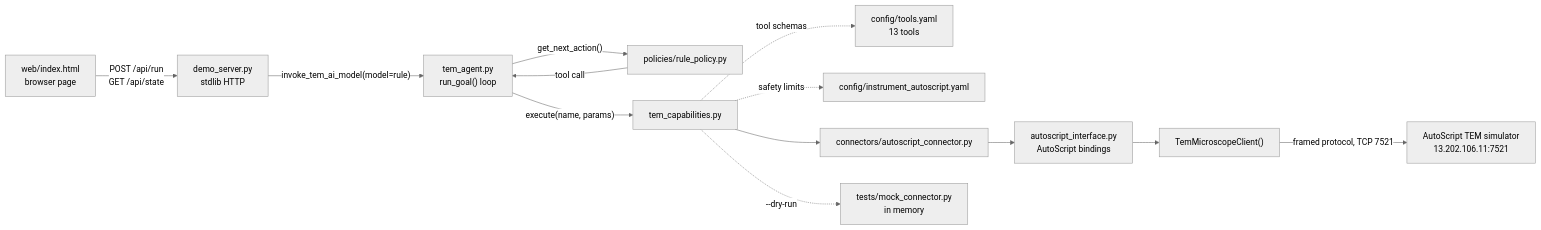
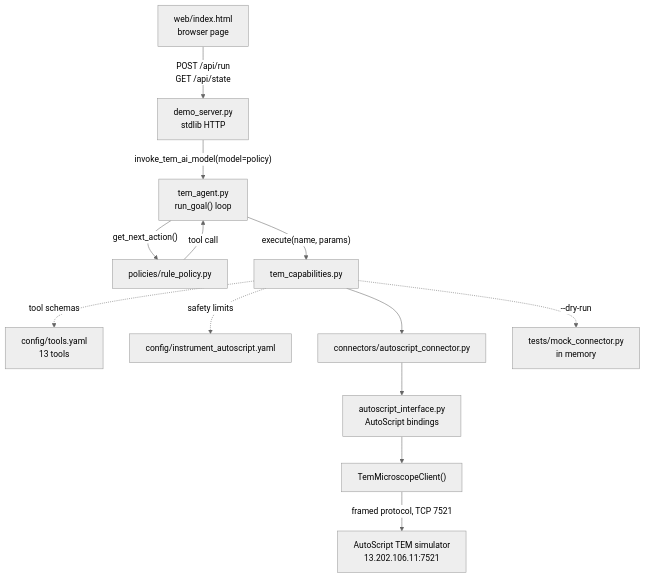
Before and after one commit to opensciencestack/tem-agent: the first of 4 diagrams in DIAGRAMS.md, drawn with Mermaid (neutral theme). The commit also changed other lines of this file and 6 other files, not shown here.

First line of the commit message:
Let the demo page pick the policy and name it in agent output

````diff
--- a/DIAGRAMS.md
+++ b/DIAGRAMS.md
@@ -12,15 +15,15 @@
 ```mermaid
-flowchart LR
+flowchart TD
   UI["web/index.html<br/>browser page"] -->|"POST /api/run<br/>GET /api/state"| SRV["demo_server.py<br/>stdlib HTTP"]
-  SRV -->|"invoke_tem_ai_model(model=rule)"| AG["tem_agent.py<br/>run_goal() loop"]
+  SRV -->|"invoke_tem_ai_model(model=policy)"| AG["tem_agent.py<br/>run_goal() loop"]
   AG -->|"get_next_action()"| POL["policies/rule_policy.py"]
   POL -->|"tool call"| AG
   AG -->|"execute(name, params)"| CAP["tem_capabilities.py"]
   CAP -.->|"tool schemas"| TOOLS["config/tools.yaml<br/>13 tools"]
   CAP -.->|"safety limits"| LIM["config/instrument_autoscript.yaml"]
   CAP --> CONN["connectors/autoscript_connector.py"]
   CAP -.->|"--dry-run"| MOCK["tests/mock_connector.py<br/>in memory"]
   CONN --> IF["autoscript_interface.py<br/>AutoScript bindings"]
   IF --> CL["TemMicroscopeClient()"]
   CL -->|"framed protocol, TCP 7521"| SIM["AutoScript TEM simulator<br/>13.202.106.11:7521"]
 ```
````
